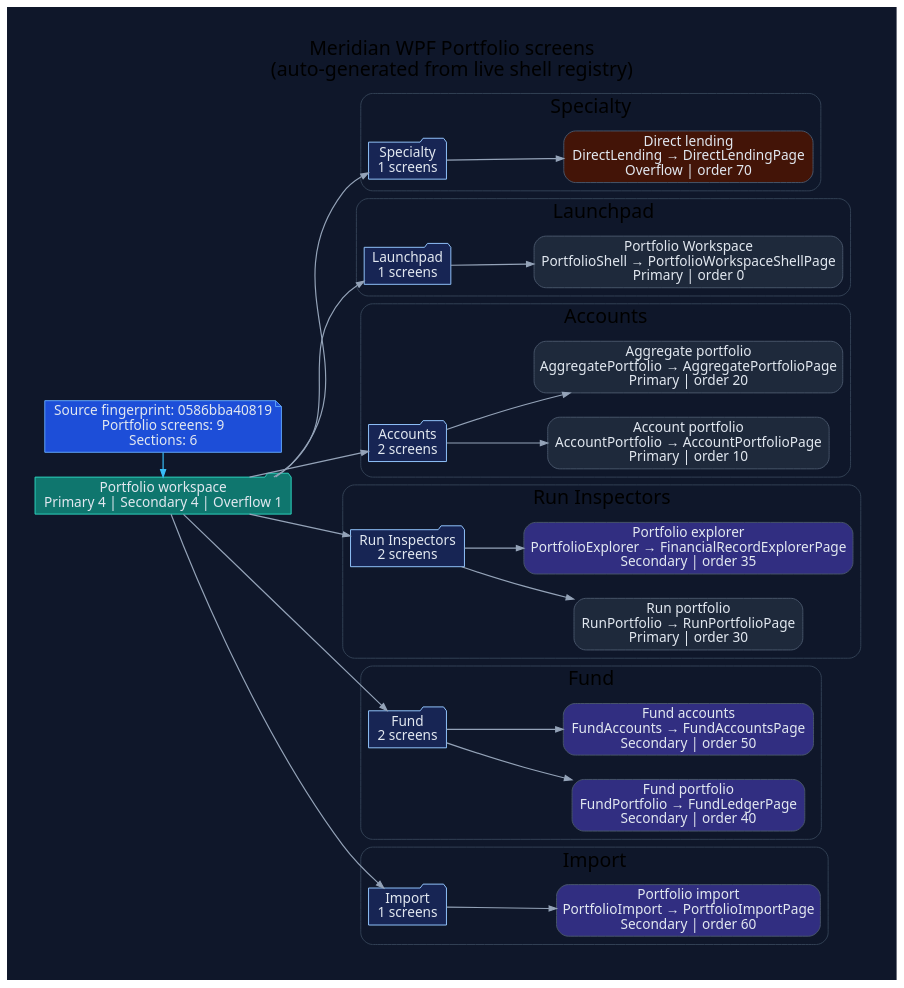
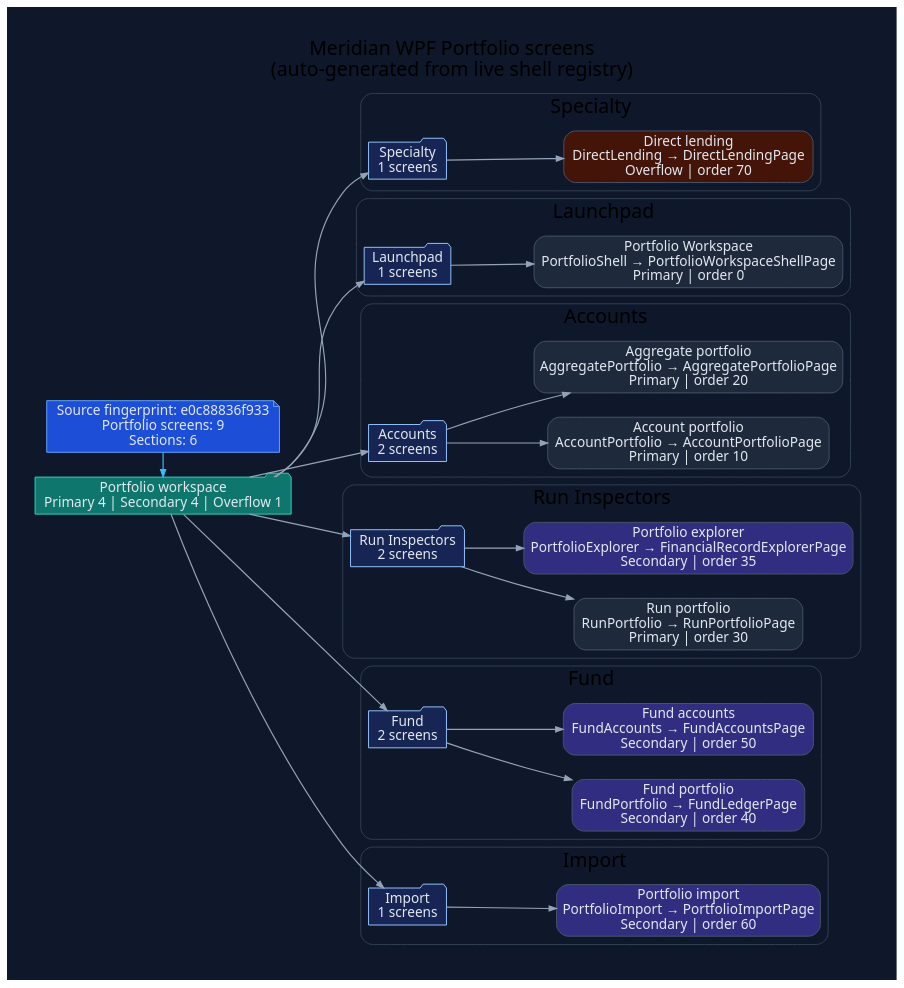
Before and after one commit to rodoHasArrived/Meridian-main: the diagram in docs/diagrams/ui-wpf-screens-portfolio.dot, drawn with Graphviz. The commit also changed 21 other files, not shown here.

First line of the commit message:
docs(diagrams): regenerate UI diagrams for the changed WPF source fingerprint

```diff
--- a/docs/diagrams/ui-wpf-screens-portfolio.dot
+++ b/docs/diagrams/ui-wpf-screens-portfolio.dot
@@ -1,92 +1,92 @@
 // -----------------------------------------------------------------------------
 // <auto-generated>
 // Generated by scripts/generate-diagrams.mjs.
 // Do not edit this file directly; update the WPF source files instead.
 // -----------------------------------------------------------------------------
 digraph WpfPortfolioScreens {
   graph [
     rankdir=LR,
     labelloc=t,
     label="Meridian WPF Portfolio screens\n(auto-generated from live shell registry)",
     fontname="Segoe UI",
     fontsize=20,
     pad=0.4,
     nodesep=0.35,
     ranksep=0.85,
     bgcolor="#0f172a"
   ];
   node [fontname="Segoe UI", shape=box, style="rounded,filled", color="#475569", fontcolor="#e2e8f0", fillcolor="#1e293b"];
   edge [fontname="Segoe UI", color="#94a3b8", penwidth=1.2, arrowsize=0.75];
 
-  generated [shape=note, fillcolor="#1d4ed8", color="#60a5fa", label="Source fingerprint: 0586bba40819\nPortfolio screens: 9\nSections: 6"];
+  generated [shape=note, fillcolor="#1d4ed8", color="#60a5fa", label="Source fingerprint: e0c88836f933\nPortfolio screens: 9\nSections: 6"];
   workspace [shape=folder, fillcolor="#0f766e", color="#2dd4bf", label="Portfolio workspace\nPrimary 4 | Secondary 4 | Overflow 1"];
   generated -> workspace [color="#38bdf8"];
 
   subgraph cluster_section_1 {
     label="Specialty";
     color="#334155";
     style="rounded";
     section_1 [shape=folder, fillcolor="#172554", color="#93c5fd", label="Specialty\n1 screens"];
     workspace -> section_1;
     screen_DirectLending [fillcolor="#431407", label="Direct lending\nDirectLending → DirectLendingPage\nOverflow | order 70"];
     section_1 -> screen_DirectLending;
   }
 
   subgraph cluster_section_2 {
     label="Launchpad";
     color="#334155";
     style="rounded";
     section_2 [shape=folder, fillcolor="#172554", color="#93c5fd", label="Launchpad\n1 screens"];
     workspace -> section_2;
     screen_PortfolioShell [fillcolor="#1e293b", label="Portfolio Workspace\nPortfolioShell → PortfolioWorkspaceShellPage\nPrimary | order 0"];
     section_2 -> screen_PortfolioShell;
   }
 
   subgraph cluster_section_3 {
     label="Accounts";
     color="#334155";
     style="rounded";
     section_3 [shape=folder, fillcolor="#172554", color="#93c5fd", label="Accounts\n2 screens"];
     workspace -> section_3;
     screen_AccountPortfolio [fillcolor="#1e293b", label="Account portfolio\nAccountPortfolio → AccountPortfolioPage\nPrimary | order 10"];
     section_3 -> screen_AccountPortfolio;
     screen_AggregatePortfolio [fillcolor="#1e293b", label="Aggregate portfolio\nAggregatePortfolio → AggregatePortfolioPage\nPrimary | order 20"];
     section_3 -> screen_AggregatePortfolio;
   }
 
   subgraph cluster_section_4 {
     label="Run Inspectors";
     color="#334155";
     style="rounded";
     section_4 [shape=folder, fillcolor="#172554", color="#93c5fd", label="Run Inspectors\n2 screens"];
     workspace -> section_4;
     screen_RunPortfolio [fillcolor="#1e293b", label="Run portfolio\nRunPortfolio → RunPortfolioPage\nPrimary | order 30"];
     section_4 -> screen_RunPortfolio;
     screen_PortfolioExplorer [fillcolor="#312e81", label="Portfolio explorer\nPortfolioExplorer → FinancialRecordExplorerPage\nSecondary | order 35"];
     section_4 -> screen_PortfolioExplorer;
   }
 
   subgraph cluster_section_5 {
     label="Fund";
     color="#334155";
     style="rounded";
     section_5 [shape=folder, fillcolor="#172554", color="#93c5fd", label="Fund\n2 screens"];
     workspace -> section_5;
     screen_FundPortfolio [fillcolor="#312e81", label="Fund portfolio\nFundPortfolio → FundLedgerPage\nSecondary | order 40"];
     section_5 -> screen_FundPortfolio;
     screen_FundAccounts [fillcolor="#312e81", label="Fund accounts\nFundAccounts → FundAccountsPage\nSecondary | order 50"];
     section_5 -> screen_FundAccounts;
   }
 
   subgraph cluster_section_6 {
     label="Import";
     color="#334155";
     style="rounded";
     section_6 [shape=folder, fillcolor="#172554", color="#93c5fd", label="Import\n1 screens"];
     workspace -> section_6;
     screen_PortfolioImport [fillcolor="#312e81", label="Portfolio import\nPortfolioImport → PortfolioImportPage\nSecondary | order 60"];
     section_6 -> screen_PortfolioImport;
   }
 
   { rank=min; generated; workspace; }
 }
```
